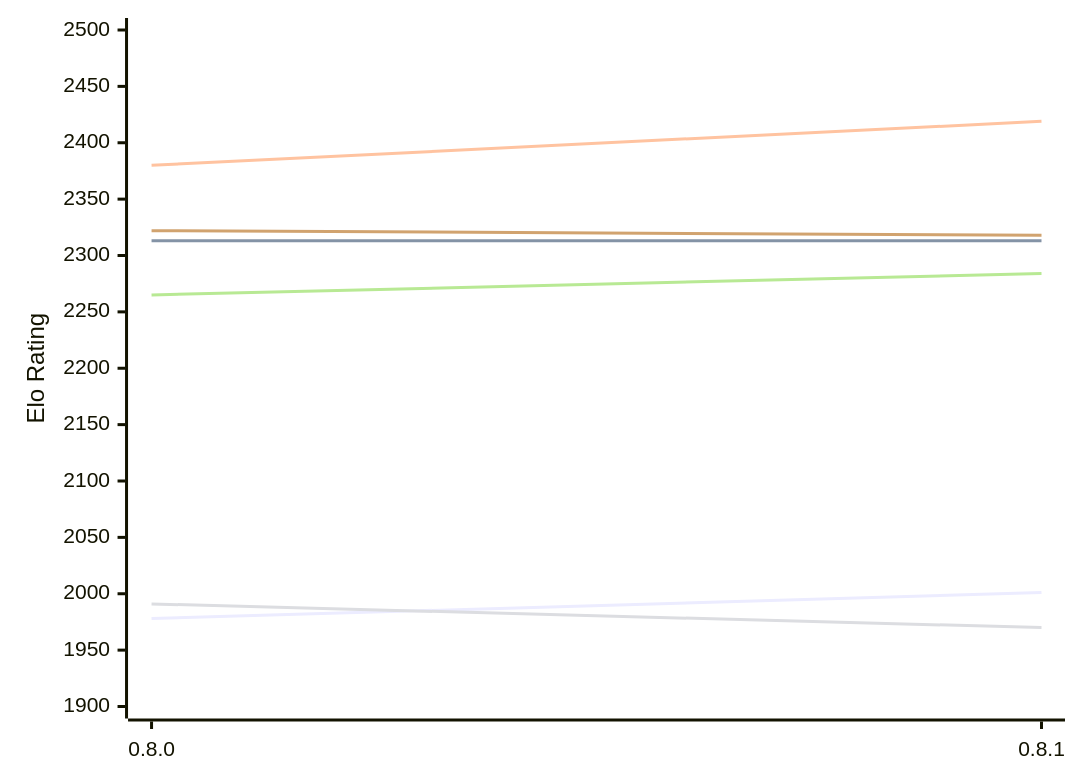
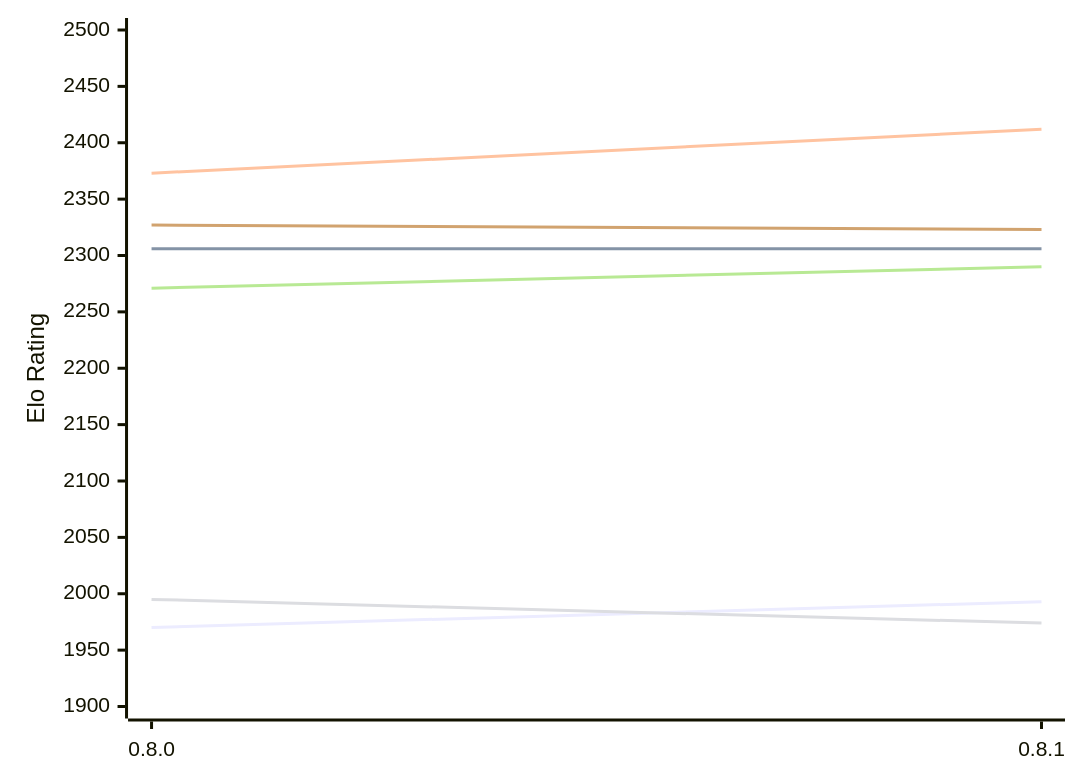
The diagram in engines/LittleWing.md (computer-chess-index/cci), drawn with Mermaid before and after one commit. The commit also changed other lines of this file, not shown here.

Commit message:
Update CCI Ratings (ELO VLTC) - 2026-11-18

````diff
--- a/engines/LittleWing.md
+++ b/engines/LittleWing.md
@@ -49,12 +49,12 @@
 ```mermaid
 %%{init: {"theme":"base","themeVariables":{"seriesColors:['#a3a3a3','#222221','#faa371']}}}%%
 xychart-beta
   x-axis ["0.8.0", "0.8.1"]
   y-axis "Elo Rating" 1900 --> 2500
-  line "E1: STC (8.0+0.08s)" [1978, 2001]
-  line "E1: LTC (60.0+0.60s)" [2313, 2313]
-  line "E1: VLTC (2m24s+1.12s)" [2380, 2419]
-  line "P1: STC (8.0+0.08s)" [1991, 1970]
-  line "P1: LTC (60.0+0.60s)" [2265, 2284]
-  line "P1: VLTC (2m24s+1.12s)" [2322, 2318]
+  line "E1: STC (8.0+0.08s)" [1970, 1993]
+  line "E1: LTC (60.0+0.60s)" [2306, 2306]
+  line "E1: VLTC (2m24s+1.12s)" [2373, 2412]
+  line "P1: STC (8.0+0.08s)" [1995, 1974]
+  line "P1: LTC (60.0+0.60s)" [2271, 2290]
+  line "P1: VLTC (2m24s+1.12s)" [2327, 2323]
 ```
````
